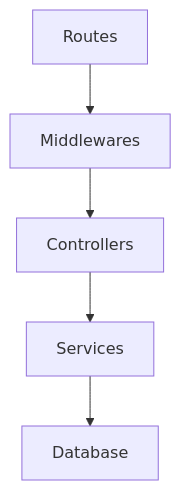
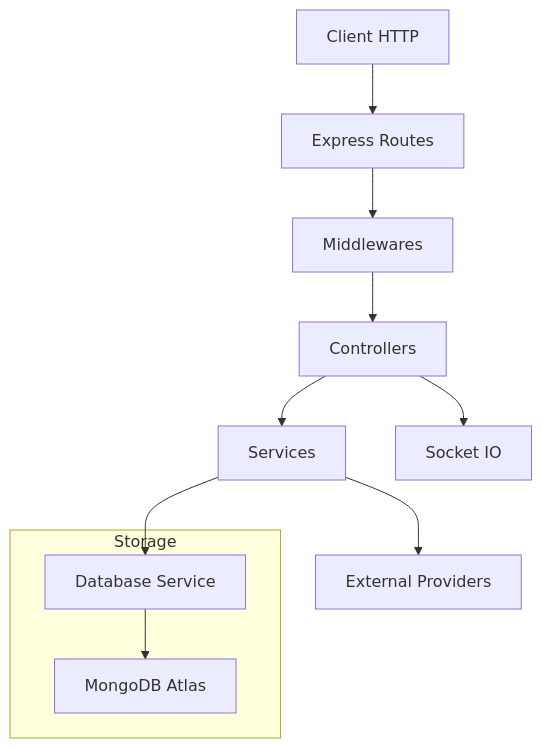
Before and after one commit to Congglee/trellone-server: the diagram in .kilocode/rules/memory-bank/architecture.md, drawn with Mermaid. The commit also changed other lines of this file and 15 other files, not shown here.

````diff
--- a/.kilocode/rules/memory-bank/architecture.md
+++ b/.kilocode/rules/memory-bank/architecture.md
@@ -427,8 +17,13 @@
 ```mermaid
 flowchart TD
-  A[Routes] --> B[Middlewares]
-  B --> C[Controllers]
-  C --> D[Services]
-  D --> E[Database]
-
+  A[Client HTTP] --> B[Express Routes]
+  B --> C[Middlewares]
+  C --> D[Controllers]
+  D --> E[Services]
+  E --> F[Database Service]
+  E --> G[External Providers]
+  D --> H[Socket IO]
+  subgraph Storage
+    F --> I[MongoDB Atlas]
+  end
 ```
````
